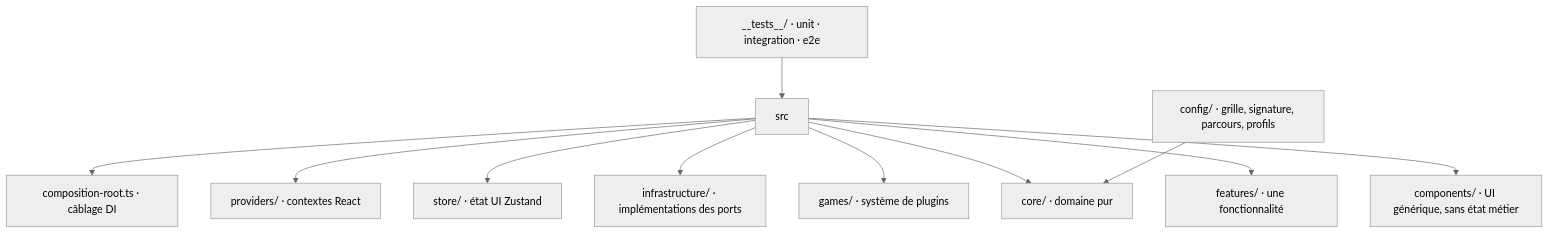
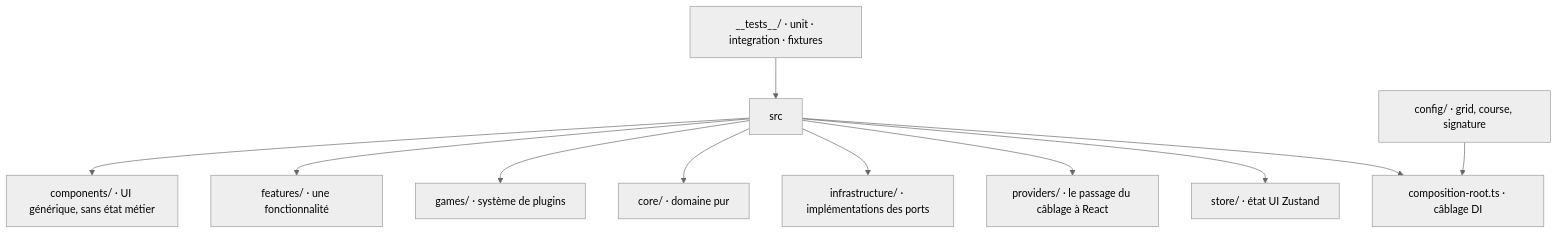
The diagram in aidd_docs/memory/codebase-map.md (jdelauney/laivel-up-eval), drawn with Mermaid (neutral theme) before and after one commit. The commit also changed other lines of this file and 10 other files, not shown here.

````diff
--- a/aidd_docs/memory/codebase-map.md
+++ b/aidd_docs/memory/codebase-map.md
@@ -5,13 +3,13 @@
 ```mermaid
 flowchart TD
   src --> components["components/ · UI générique, sans état métier"]
   src --> features["features/ · une fonctionnalité"]
   src --> games["games/ · système de plugins"]
   src --> core["core/ · domaine pur"]
   src --> infra["infrastructure/ · implémentations des ports"]
+  src --> providers["providers/ · le passage du câblage à React"]
   src --> store["store/ · état UI Zustand"]
-  src --> providers["providers/ · contextes React"]
   src --> root["composition-root.ts · câblage DI"]
-  config["config/ · grille, signature, parcours, profils"] --> core
-  tests["__tests__/ · unit · integration · e2e"] --> src
+  config["config/ · grid, course, signature"] --> root
+  tests["__tests__/ · unit · integration · fixtures"] --> src
 ```
````
